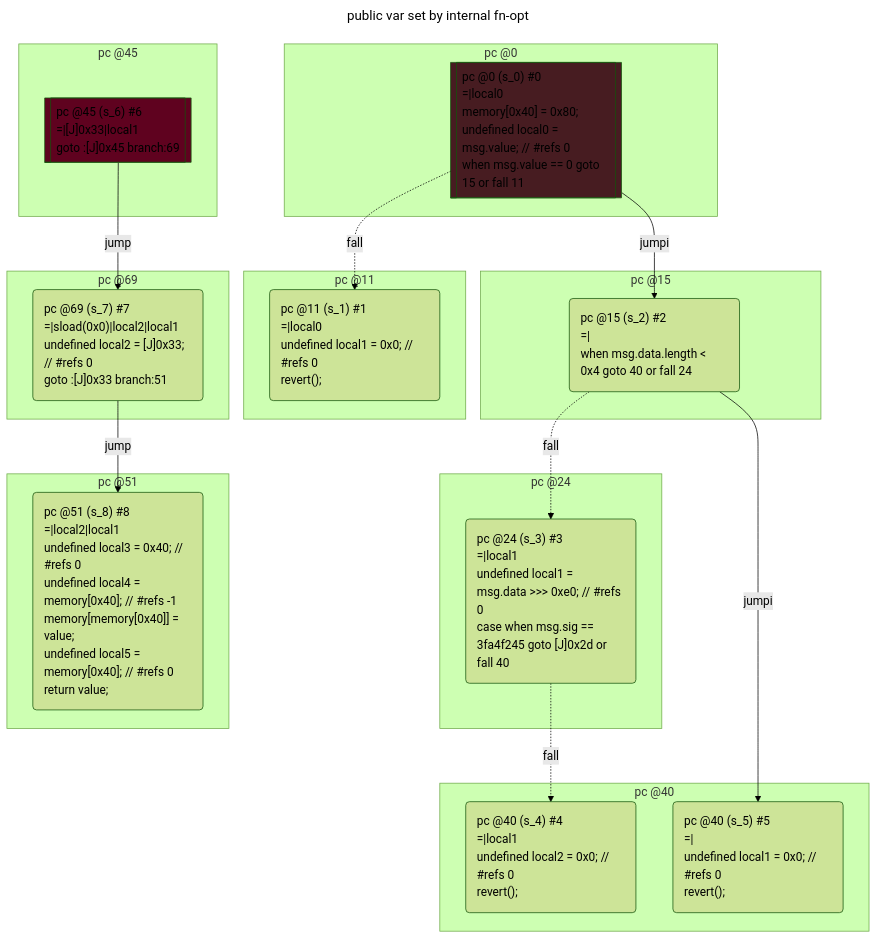
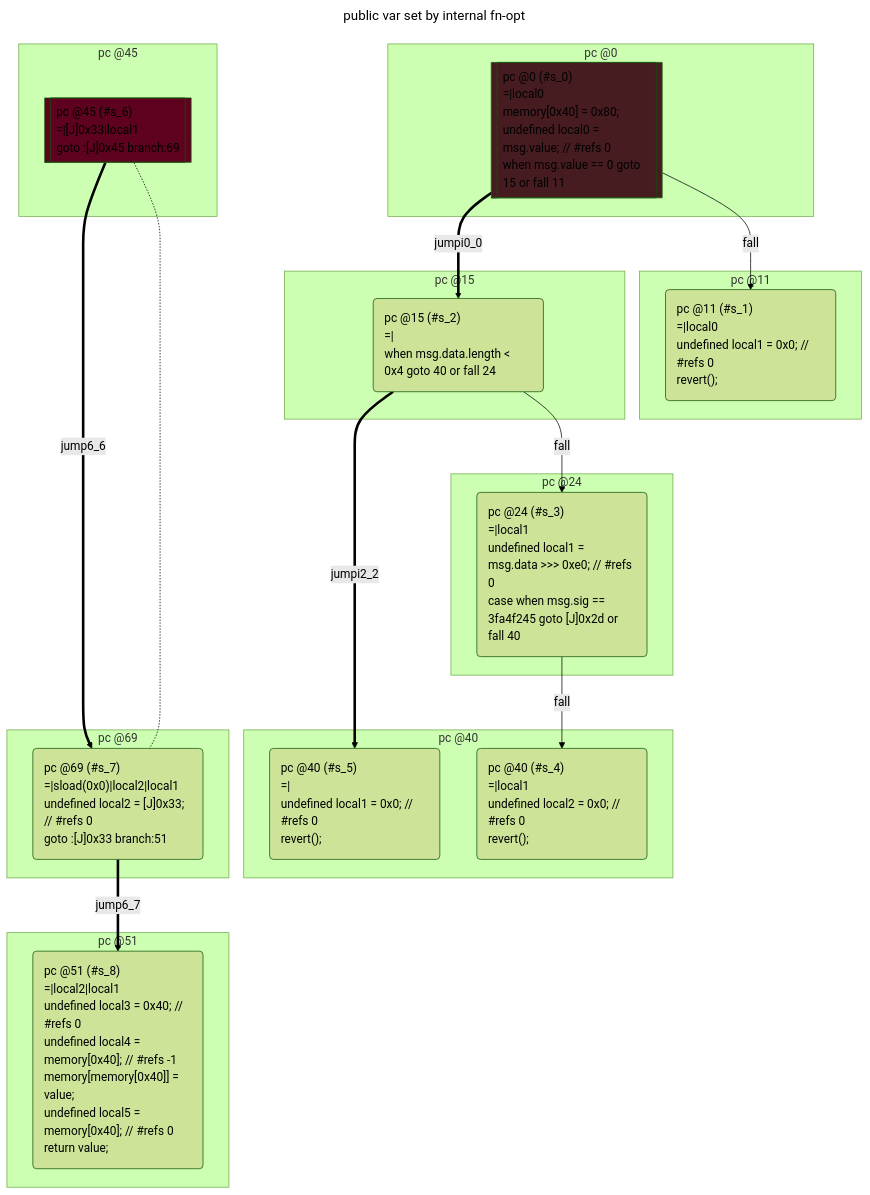
One commit to acuarica/evm changed the second of 2 diagrams in test/__snapshots__/contracts/variables/public-var-set-by-internal-fn.snap.md. Above: the diagram before and after it, drawn with Mermaid (forest theme). The commit also changed other lines of this file and 25 other files, not shown here.

````diff
--- a/test/__snapshots__/contracts/variables/public-var-set-by-internal-fn.snap.md
+++ b/test/__snapshots__/contracts/variables/public-var-set-by-internal-fn.snap.md
@@ -223,7 +224,7 @@
 flowchart TD
   classDef state text-align:left
   subgraph cluster_0 ["pc @0"]
-    s_0[["pc @0 (s_0) #0
+    s_0[["pc @0 (#s_0)
 =|local0
 memory[0x40] = 0x80;
 undefined local0 = msg.value; // #refs 0
@@ -233,7 +234,7 @@
     style s_0 fill:#471C21
   end
   subgraph cluster_11 ["pc @11"]
-    s_1("pc @11 (s_1) #1
+    s_1("pc @11 (#s_1)
 =|local0
 undefined local1 = 0x0; // #refs 0
 revert();
@@ -241,14 +242,14 @@
     class s_1 state
   end
   subgraph cluster_15 ["pc @15"]
-    s_2("pc @15 (s_2) #2
+    s_2("pc @15 (#s_2)
 =|
 when msg.data.length < 0x4 goto 40 or fall 24
 ")
     class s_2 state
   end
   subgraph cluster_24 ["pc @24"]
-    s_3("pc @24 (s_3) #3
+    s_3("pc @24 (#s_3)
 =|local1
 undefined local1 = msg.data >>> 0xe0; // #refs 0
 case when msg.sig == 3fa4f245 goto [J]0x2d or fall 40
@@ -256,13 +257,13 @@
     class s_3 state
   end
   subgraph cluster_40 ["pc @40"]
-    s_4("pc @40 (s_4) #4
+    s_4("pc @40 (#s_4)
 =|local1
 undefined local2 = 0x0; // #refs 0
 revert();
 ")
     class s_4 state
-    s_5("pc @40 (s_5) #5
+    s_5("pc @40 (#s_5)
 =|
 undefined local1 = 0x0; // #refs 0
 revert();
@@ -270,7 +271,7 @@
     class s_5 state
   end
   subgraph cluster_45 ["pc @45"]
-    s_6[["pc @45 (s_6) #6
+    s_6[["pc @45 (#s_6)
 =|[J]0x33|local1
 goto :[J]0x45 branch:69
 "]]
@@ -278,7 +279,7 @@
     style s_6 fill:#5F021F
   end
   subgraph cluster_69 ["pc @69"]
-    s_7("pc @69 (s_7) #7
+    s_7("pc @69 (#s_7)
 =|sload(0x0)|local2|local1
 undefined local2 = [J]0x33; // #refs 0
 goto :[J]0x33 branch:51
@@ -286,7 +287,7 @@
     class s_7 state
   end
   subgraph cluster_51 ["pc @51"]
-    s_8("pc @51 (s_8) #8
+    s_8("pc @51 (#s_8)
 =|local2|local1
 undefined local3 = 0x40; // #refs 0
 undefined local4 = memory[0x40]; // #refs -1
@@ -296,12 +297,13 @@
 ")
     class s_8 state
   end
-  s_0 -- jumpi --> s_2;
-  s_0 -. fall .-> s_1;
-  s_2 -- jumpi --> s_5;
-  s_2 -. fall .-> s_3;
-  s_3 -. fall .-> s_4;
-  s_6 -- jump --> s_7;
-  s_7 -- jump --> s_8;
+  s_0 == jumpi0_0 ==> s_2;
+  s_0 -- fall --> s_1;
+  s_2 == jumpi2_2 ==> s_5;
+  s_2 -- fall --> s_3;
+  s_3 -- fall --> s_4;
+  s_6 == jump6_6 ==> s_7;
+  s_7 == jump6_7 ==> s_8;
+  s_6 -...- s_7;
 
 ```
````
